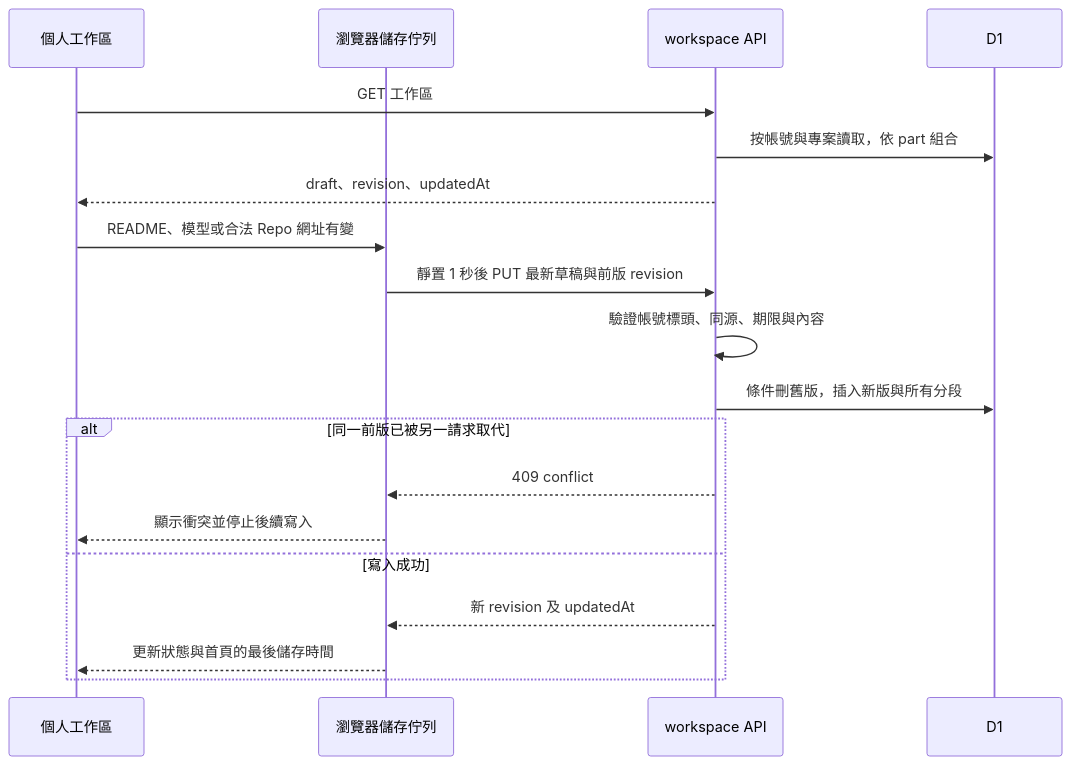
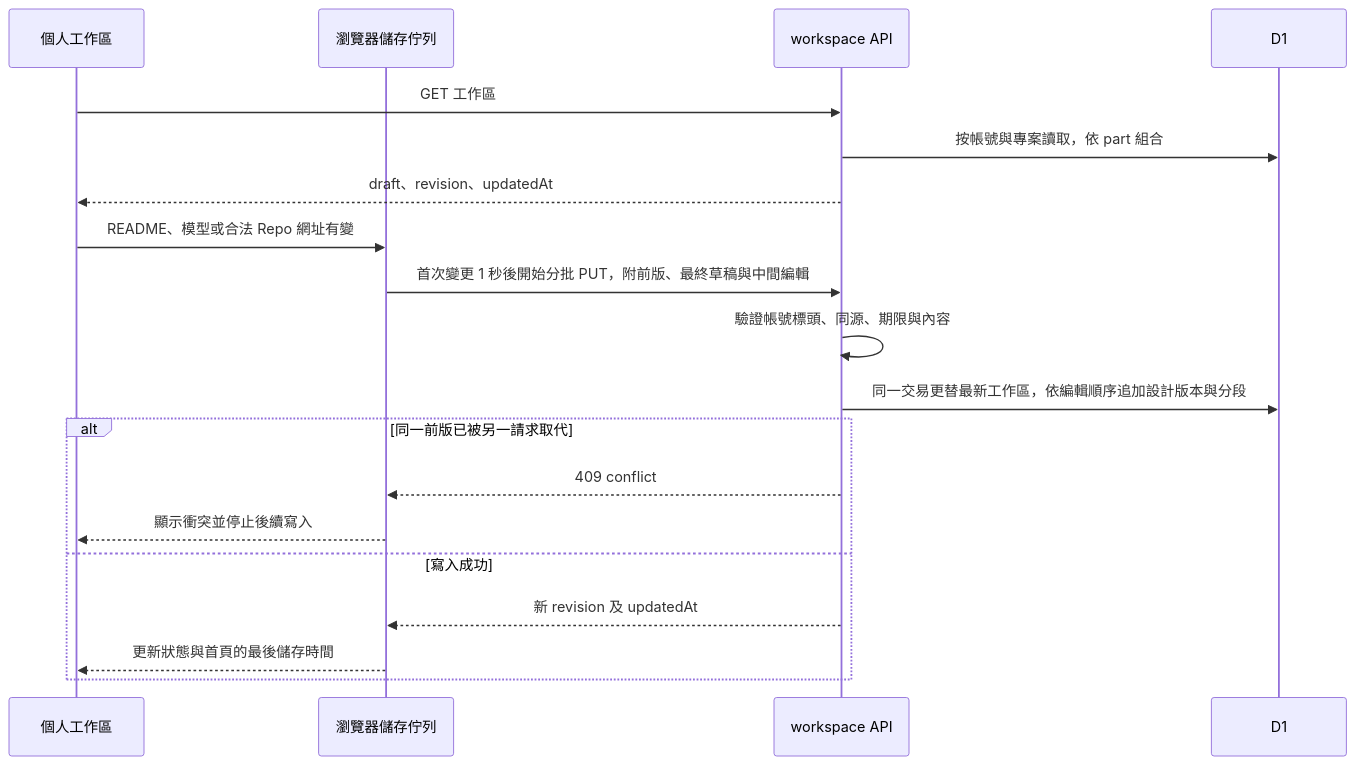
One commit to The-Lost-Light/CS-Platform changed the third of 4 diagrams in Architecture.md. Above: the diagram before and after it, drawn with Mermaid. The commit also changed other lines of this file and 32 other files, not shown here.

````diff
--- a/Architecture.md
+++ b/Architecture.md
@@ -130,21 +133,21 @@
 ```mermaid
 sequenceDiagram
     participant U as 個人工作區
     participant Q as 瀏覽器儲存佇列
     participant H as workspace API
     participant D as D1
     U->>H: GET 工作區
     H->>D: 按帳號與專案讀取，依 part 組合
     H-->>U: draft、revision、updatedAt
     U->>Q: README、模型或合法 Repo 網址有變
-    Q->>H: 靜置 1 秒後 PUT 最新草稿與前版 revision
+    Q->>H: 首次變更 1 秒後開始分批 PUT，附前版、最終草稿與中間編輯
     H->>H: 驗證帳號標頭、同源、期限與內容
-    H->>D: 條件刪舊版，插入新版與所有分段
+    H->>D: 同一交易更替最新工作區，依編輯順序追加設計版本與分段
     alt 同一前版已被另一請求取代
         H-->>Q: 409 conflict
         Q-->>U: 顯示衝突並停止後續寫入
     else 寫入成功
         H-->>Q: 新 revision 及 updatedAt
         Q-->>U: 更新狀態與首頁的最後儲存時間
     end
 ```
````
